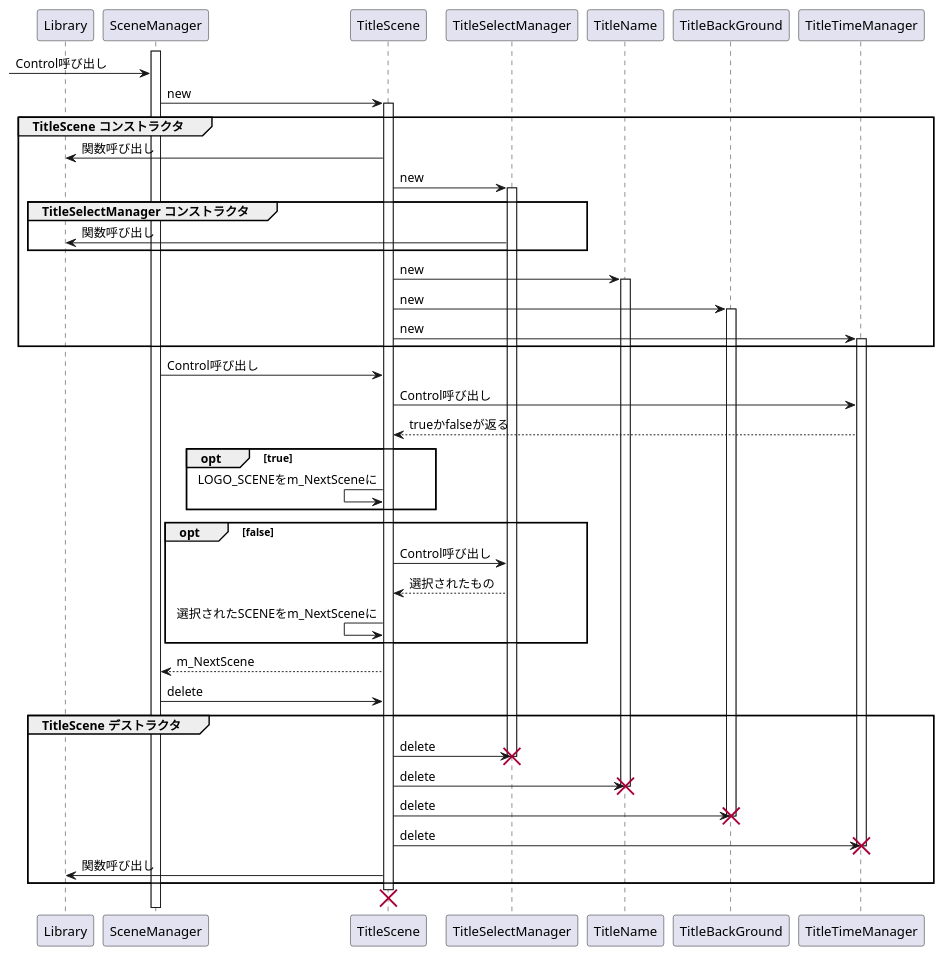
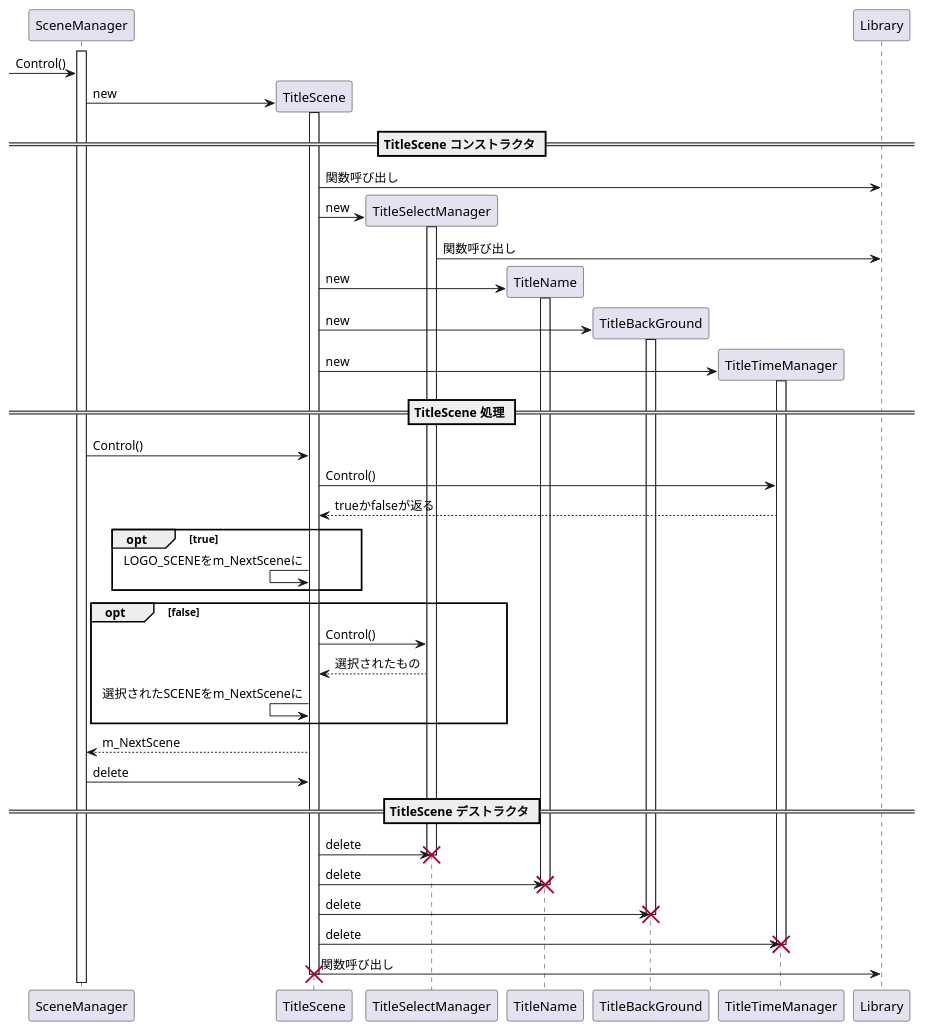
The diagram in kamikubo/sequence.puml (human-osaka-game-2019/uml), drawn with PlantUML before and after one commit. The commit also changed 1 other file, not shown here.

```diff
--- a/kamikubo/sequence.puml
+++ b/kamikubo/sequence.puml
@@ -1,68 +1,75 @@
 @startuml
-participant Library
+
 participant SceneManager
 participant TitleScene
 participant TitleSelectManager
 participant TitleName
 participant TitleBackGround
 participant TitleTimeManager
 
 activate SceneManager
-[-> SceneManager: Control呼び出し
+[-> SceneManager: Control()
 
+create TitleScene
 SceneManager->TitleScene:new
 activate TitleScene
 
-group TitleScene コンストラクタ
+== TitleScene コンストラクタ ==
 Library<-TitleScene:関数呼び出し
+
+create TitleSelectManager
 TitleScene->TitleSelectManager:new
 activate TitleSelectManager
 
-group TitleSelectManager コンストラクタ
 Library<-TitleSelectManager: 関数呼び出し
-end
 
+create TitleName
 TitleScene->TitleName:new
 activate TitleName
+
+create TitleBackGround
 TitleScene->TitleBackGround:new
 activate TitleBackGround
+
+create TitleTimeManager
 TitleScene->TitleTimeManager:new
 activate TitleTimeManager
-end
 
-SceneManager->TitleScene:Control呼び出し
-TitleScene->TitleTimeManager:Control呼び出し
+== TitleScene 処理 ==
+
+SceneManager->TitleScene:Control()
+TitleScene->TitleTimeManager:Control()
 TitleScene<--TitleTimeManager:trueかfalseが返る
 
 opt true
 TitleScene<-TitleScene:LOGO_SCENEをm_NextSceneに
 end
 
 opt false
-TitleScene->TitleSelectManager:Control呼び出し
+TitleScene->TitleSelectManager:Control()
 TitleScene<--TitleSelectManager:選択されたもの
 TitleScene<-TitleScene:選択されたSCENEをm_NextSceneに
 end
 
 SceneManager<--TitleScene:m_NextScene
 SceneManager->TitleScene:delete
 
-group TitleScene デストラクタ
+== TitleScene デストラクタ ==
 TitleScene->TitleSelectManager:delete
 deactivate TitleSelectManager
 destroy TitleSelectManager
 TitleScene->TitleName:delete
 deactivate TitleName
 destroy TitleName
 TitleScene->TitleBackGround:delete
 deactivate TitleBackGround
 destroy TitleBackGround
 TitleScene->TitleTimeManager:delete
 deactivate TitleTimeManager
 destroy TitleTimeManager
 Library<-TitleScene:関数呼び出し
-end
 
 deactivate TitleScene
 destroy TitleScene
+
 @enduml
```
